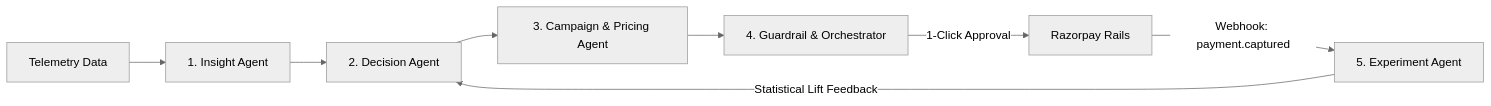
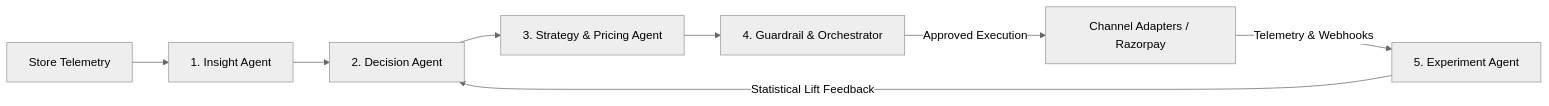
One commit to sampada-11/Growth_pilot changed the diagram in README.md. Above: the diagram before and after it, drawn with Mermaid (neutral theme). The commit also changed other lines of this file and 55 other files, not shown here.

````diff
--- a/README.md
+++ b/README.md
@@ -91,10 +190,10 @@
 ```mermaid
 flowchart LR
-    A[Telemetry Data] --> B[1. Insight Agent]
+    A[Store Telemetry] --> B[1. Insight Agent]
     B --> C[2. Decision Agent]
-    C --> D[3. Campaign & Pricing Agent]
+    C --> D[3. Strategy & Pricing Agent]
     D --> E[4. Guardrail & Orchestrator]
-    E -->|1-Click Approval| F[Razorpay Rails]
-    F -->|Webhook: payment.captured| G[5. Experiment Agent]
+    E -->|Approved Execution| F[Channel Adapters / Razorpay]
+    F -->|Telemetry & Webhooks| G[5. Experiment Agent]
     G -->|Statistical Lift Feedback| C
 ```
````
